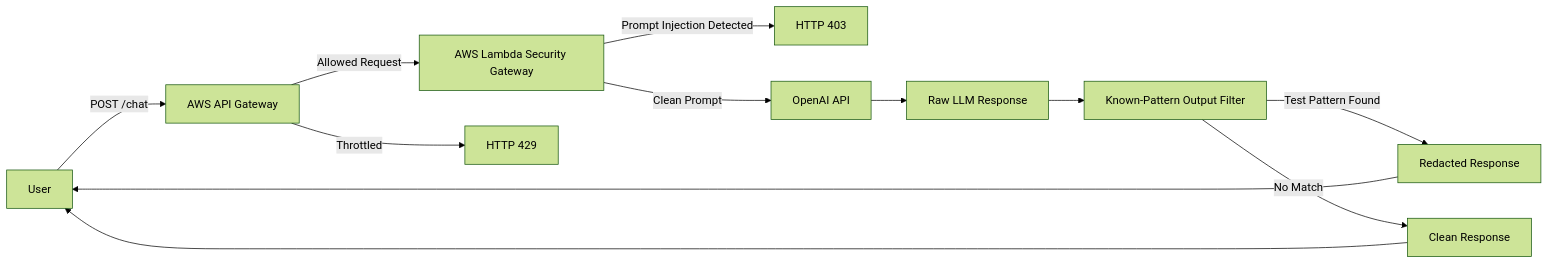
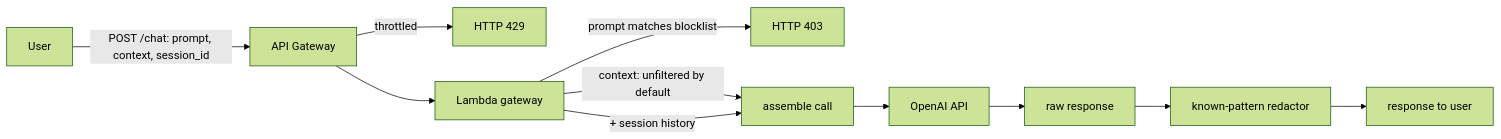
The diagram in README.md (PeteAndrews1289/llm-security-gateway), drawn with Mermaid (forest theme) before and after one commit. The commit also changed other lines of this file and 23 other files, not shown here.

First line of the commit message:
Adversarial evaluation: measured teardown of keyword/regex prompt-injection defense (#4)

````diff
--- a/README.md
+++ b/README.md
@@ -29,14 +71,13 @@
 ```mermaid
 flowchart LR
-    User[User] -->|POST /chat| APIGW[AWS API Gateway]
-    APIGW -->|Allowed Request| Lambda[AWS Lambda Security Gateway]
-    APIGW -->|Throttled| RateLimit[HTTP 429]
-    Lambda -->|Prompt Injection Detected| Block[HTTP 403]
-    Lambda -->|Clean Prompt| LLM[OpenAI API]
-    LLM --> Raw[Raw LLM Response]
-    Raw --> Filter[Known-Pattern Output Filter]
-    Filter -->|Test Pattern Found| Redacted[Redacted Response]
-    Filter -->|No Match| Success[Clean Response]
-    Redacted --> User
-    Success --> User
+    User[User] -->|POST /chat: prompt, context, session_id| APIGW[API Gateway]
+    APIGW -->|throttled| RL[HTTP 429]
+    APIGW --> L[Lambda gateway]
+    L -->|prompt matches blocklist| B[HTTP 403]
+    L -->|context: unfiltered by default| A[assemble call]
+    L -->|+ session history| A
+    A --> LLM[OpenAI API]
+    LLM --> RAW[raw response]
+    RAW --> RED[known-pattern redactor]
+    RED --> U[response to user]
 ```
````
